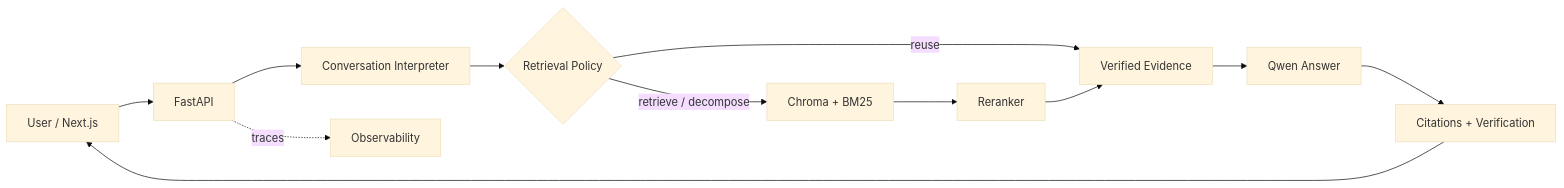
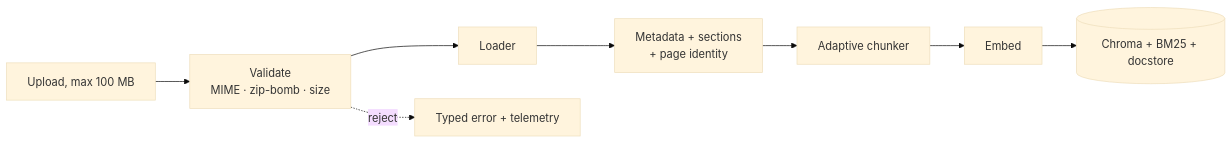
Before and after one commit to SoubhagyaJain/Company-policy-rag: the third of 3 diagrams in README.md, drawn with Mermaid (base theme). The commit also changed other lines of this file and 1 other file, not shown here.

First line of the commit message:
docs(readme): single top-level README with architecture and a verified run guide

````diff
--- a/README.md
+++ b/README.md
@@ -32,14 +664,10 @@
 ```mermaid
 flowchart LR
-    U[User / Next.js] --> A[FastAPI]
-    A --> I[Conversation Interpreter]
-    I --> P{Retrieval Policy}
-    P -->|reuse| E[Verified Evidence]
-    P -->|retrieve / decompose| R[Chroma + BM25]
-    R --> X[Reranker]
-    X --> E
-    E --> G[Qwen Answer]
-    G --> C[Citations + Verification]
-    C --> U
-    A -. traces .-> O[Observability]
+    F[Upload, max 100 MB] --> V[Validate<br/>MIME · zip-bomb · size]
+    V --> L[Loader]
+    L --> M[Metadata + sections<br/>+ page identity]
+    M --> C[Adaptive chunker]
+    C --> E[Embed]
+    E --> IDX[(Chroma + BM25 + docstore)]
+    V -.reject.-> ERR[Typed error + telemetry]
 ```
````
